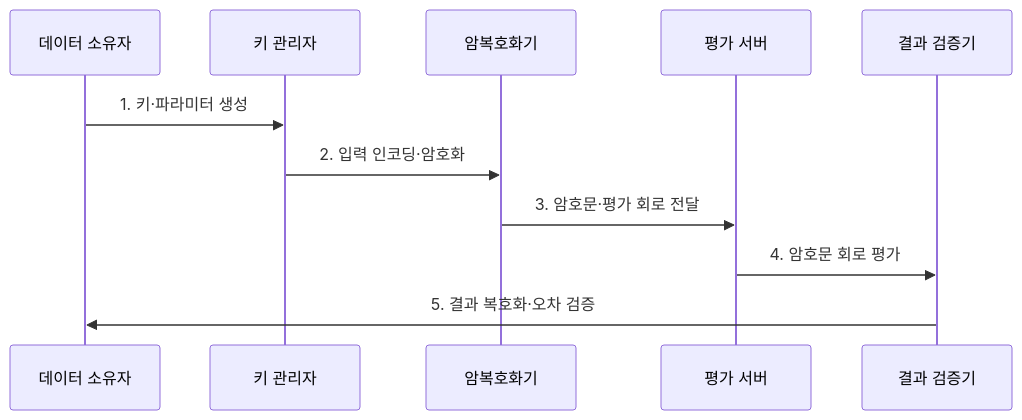
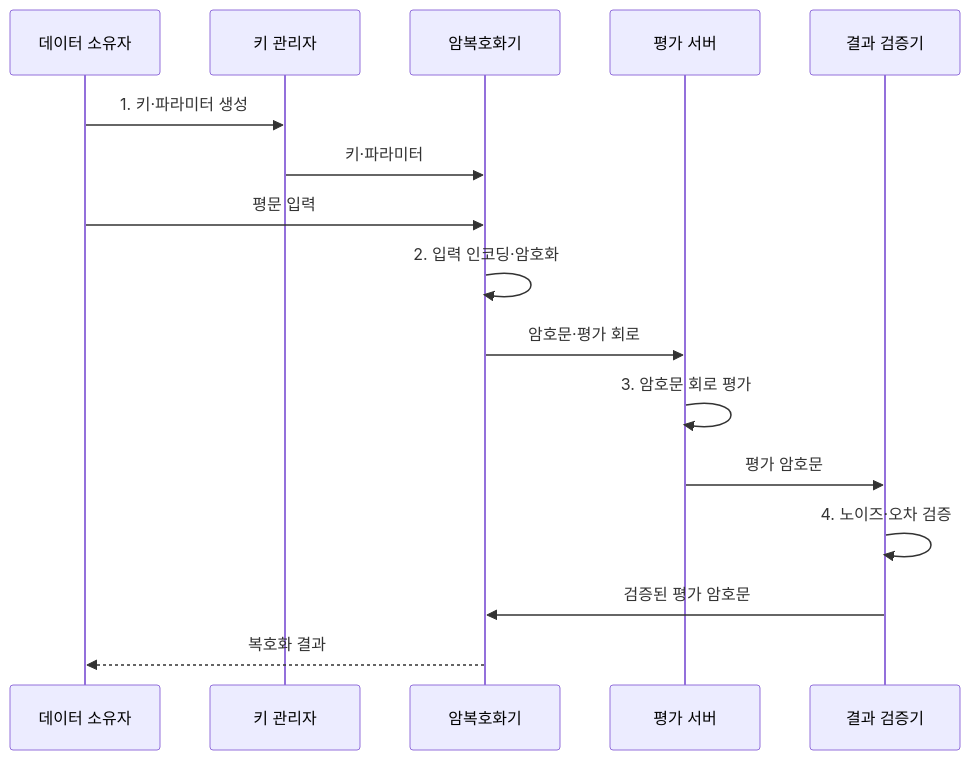
The second of 2 diagrams in src/content/docs/notes/05-security/015_homomorphic_encryption.md (agnusdei1207/knowledge-base), drawn with Mermaid before and after one commit. The commit also changed other lines of this file and 20 other files, not shown here.

````diff
--- a/src/content/docs/notes/05-security/015_homomorphic_encryption.md
+++ b/src/content/docs/notes/05-security/015_homomorphic_encryption.md
@@ -90,13 +90,18 @@
 ```mermaid
 sequenceDiagram
     participant O as 데이터 소유자
     participant K as 키 관리자
     participant C as 암복호화기
     participant E as 평가 서버
     participant V as 결과 검증기
     O->>K: 1. 키·파라미터 생성
-    K->>C: 2. 입력 인코딩·암호화
-    C->>E: 3. 암호문·평가 회로 전달
-    E->>V: 4. 암호문 회로 평가
-    V->>O: 5. 결과 복호화·오차 검증
+    K->>C: 키·파라미터
+    O->>C: 평문 입력
+    C->>C: 2. 입력 인코딩·암호화
+    C->>E: 암호문·평가 회로
+    E->>E: 3. 암호문 회로 평가
+    E->>V: 평가 암호문
+    V->>V: 4. 노이즈·오차 검증
+    V->>C: 검증된 평가 암호문
+    C-->>O: 복호화 결과
 ```
````
